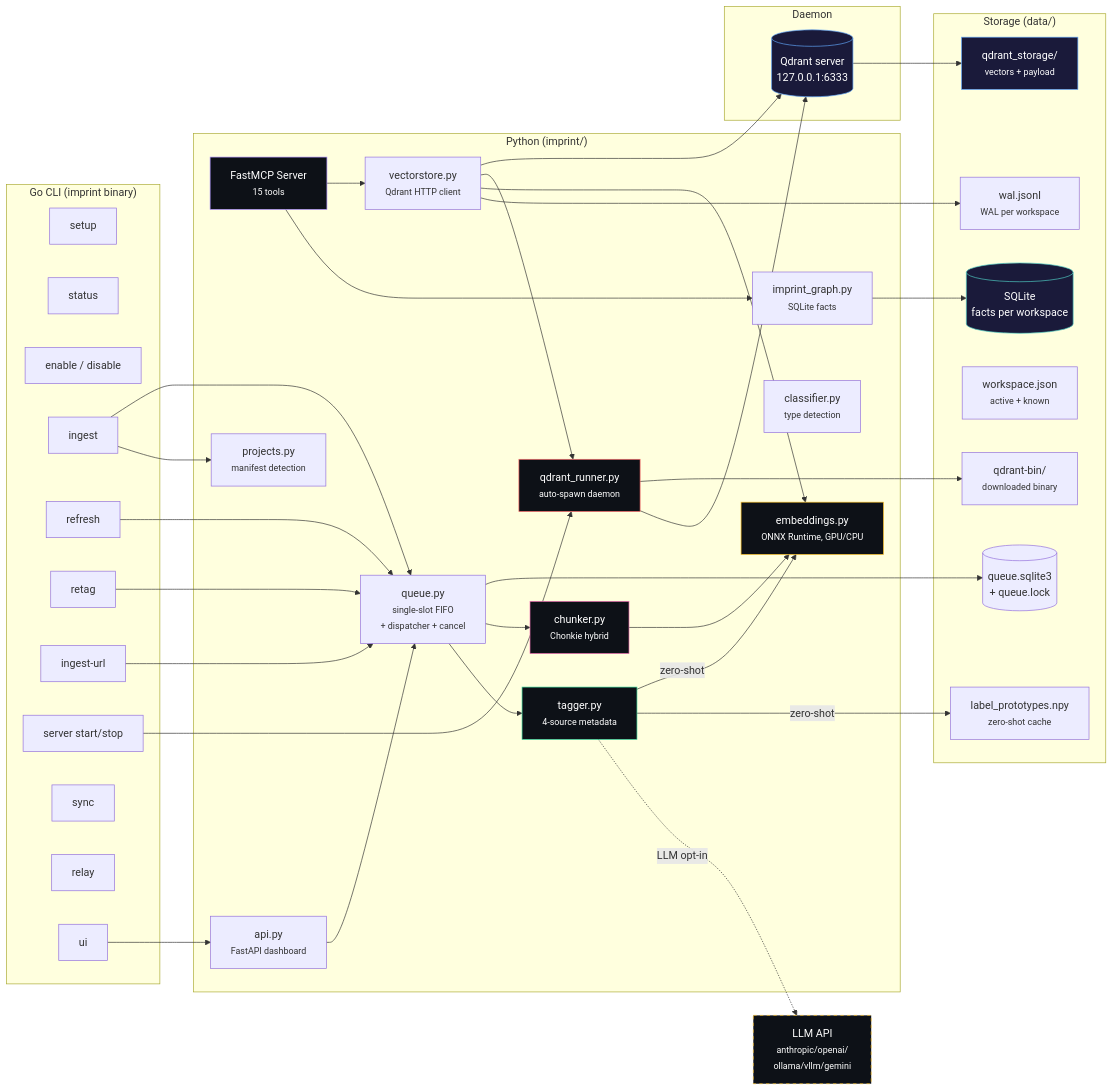
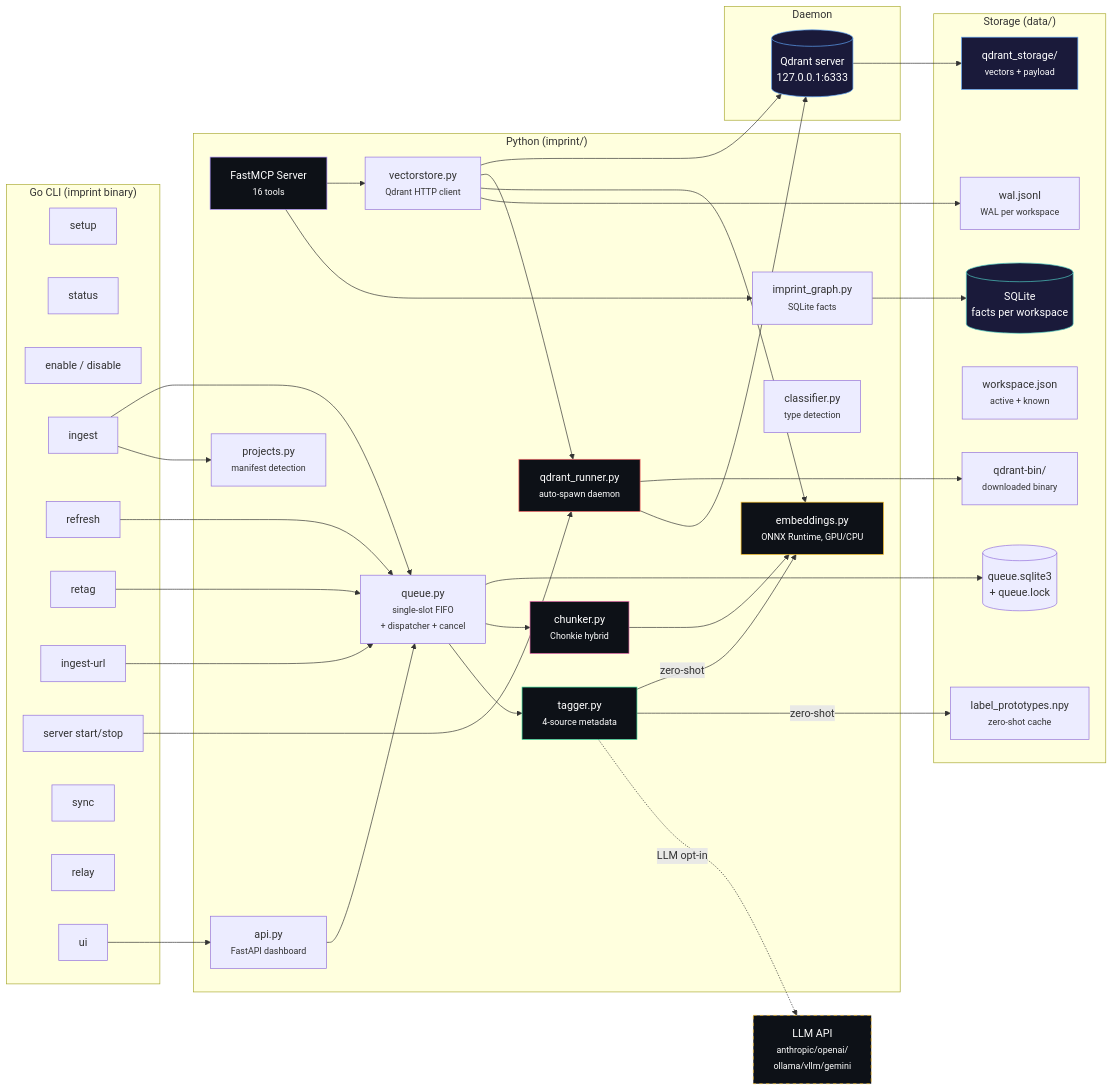
Before and after one commit to alexandruleca/imprint-memory-layer: the first of 3 diagrams in docs/architecture.md, drawn with Mermaid. The commit also changed 38 other files, not shown here.

````diff
--- a/docs/architecture.md
+++ b/docs/architecture.md
@@ -7,75 +7,75 @@
 ```mermaid
 graph LR
     subgraph "Go CLI (imprint binary)"
         SETUP[setup]
         STATUS[status]
         ENABLE[enable / disable]
         INGEST[ingest]
         REFRESH[refresh]
         RETAG[retag]
         IURL[ingest-url]
         SERVER[server start/stop]
         SYNC[sync]
         RELAY[relay]
         UI[ui]
     end
 
     subgraph "Python (imprint/)"
-        MCP[FastMCP Server<br/><small>15 tools</small>]
+        MCP[FastMCP Server<br/><small>16 tools</small>]
         VS[vectorstore.py<br/><small>Qdrant HTTP client</small>]
         QR[qdrant_runner.py<br/><small>auto-spawn daemon</small>]
         EMB[embeddings.py<br/><small>ONNX Runtime, GPU/CPU</small>]
         KG[imprint_graph.py<br/><small>SQLite facts</small>]
         CHK[chunker.py<br/><small>Chonkie hybrid</small>]
         TAG[tagger.py<br/><small>4-source metadata</small>]
         CLS[classifier.py<br/><small>type detection</small>]
         PRJ[projects.py<br/><small>manifest detection</small>]
         QUEUE[queue.py<br/><small>single-slot FIFO<br/>+ dispatcher + cancel</small>]
         API[api.py<br/><small>FastAPI dashboard</small>]
     end
 
     subgraph "Daemon"
         QSRV[(Qdrant server<br/>127.0.0.1:6333)]
     end
 
     subgraph "Storage (data/)"
         QSTORE[qdrant_storage/<br/><small>vectors + payload</small>]
         SQLITE[(SQLite<br/>facts per workspace)]
         WAL[wal.jsonl<br/><small>WAL per workspace</small>]
         WSCFG[workspace.json<br/><small>active + known</small>]
         PROTO[label_prototypes.npy<br/><small>zero-shot cache</small>]
         QBIN[qdrant-bin/<br/><small>downloaded binary</small>]
         QDB[(queue.sqlite3<br/>+ queue.lock)]
     end
 
     MCP --> VS --> QSRV --> QSTORE
     MCP --> KG --> SQLITE
     VS --> QR
     QR --> QBIN
     QR --> QSRV
     VS --> EMB
     VS --> WAL
     INGEST --> QUEUE
     REFRESH --> QUEUE
     RETAG --> QUEUE
     IURL --> QUEUE
     UI --> API --> QUEUE
     QUEUE --> QDB
     QUEUE --> CHK --> EMB
     QUEUE --> TAG
     TAG --zero-shot--> EMB
     TAG --zero-shot--> PROTO
     TAG -.LLM opt-in.-> LLM_API[LLM API<br/><small>anthropic/openai/<br/>ollama/vllm/gemini</small>]
     INGEST --> PRJ
     SERVER --> QR
 
     style QSRV fill:#1a1a3a,stroke:#60a5fa,color:#fff
     style QSTORE fill:#1a1a3a,stroke:#60a5fa,color:#fff
     style SQLITE fill:#1a1a3a,stroke:#4ecdc4,color:#fff
     style MCP fill:#0d1117,stroke:#a78bfa,color:#fff
     style EMB fill:#0d1117,stroke:#fbbf24,color:#fff
     style CHK fill:#0d1117,stroke:#f472b6,color:#fff
     style TAG fill:#0d1117,stroke:#34d399,color:#fff
     style QR fill:#0d1117,stroke:#ff6b6b,color:#fff
     style LLM_API fill:#0d1117,stroke:#fbbf24,color:#fff,stroke-dasharray: 5 5
 ```
````
